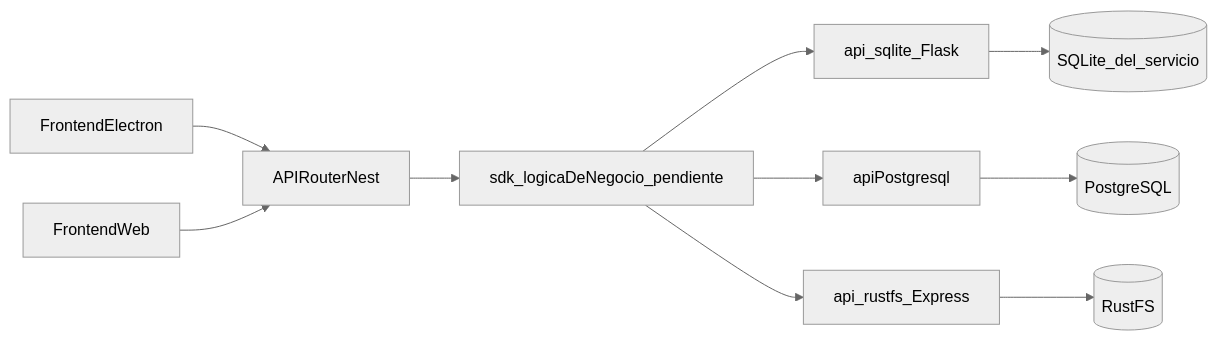
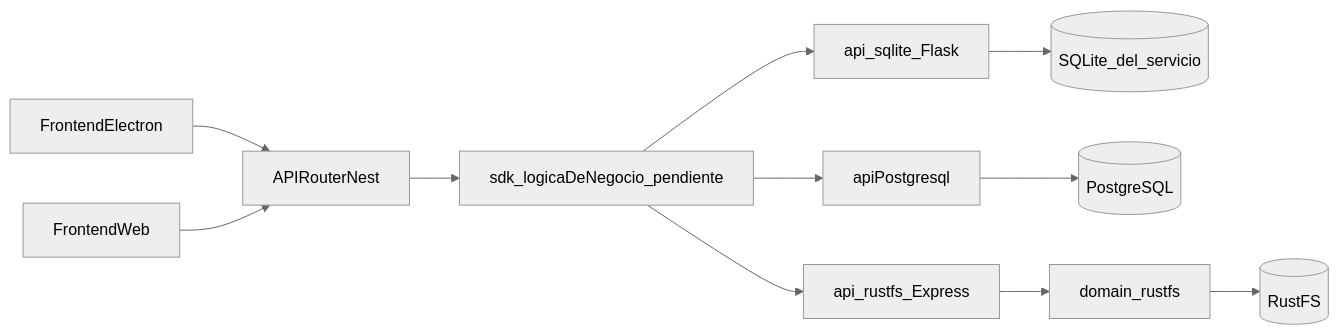
One commit to venturars/aTempo changed the first of 2 diagrams in docs/ARCHITECTURE.md. Above: the diagram before and after it, drawn with Mermaid (neutral theme). The commit also changed other lines of this file and 35 other files, not shown here.

````diff
--- a/docs/ARCHITECTURE.md
+++ b/docs/ARCHITECTURE.md
@@ -13,22 +13,24 @@
 ```mermaid
 flowchart LR
   electron[FrontendElectron]
   web[FrontendWeb]
   router[APIRouterNest]
   sdk[sdk_logicaDeNegocio_pendiente]
   sqliteApi[api_sqlite_Flask]
   serviceSqlite[(SQLite_del_servicio)]
   apiPg[apiPostgresql]
   postgres[(PostgreSQL)]
   objectApi[api_rustfs_Express]
+  domainRustfs[domain_rustfs]
   rustfs[(RustFS)]
   electron --> router
   web --> router
   router --> sdk
   sdk --> sqliteApi
   sqliteApi --> serviceSqlite
   sdk --> apiPg
   sdk --> objectApi
   apiPg --> postgres
-  objectApi --> rustfs
+  objectApi --> domainRustfs
+  domainRustfs --> rustfs
 ```
````
